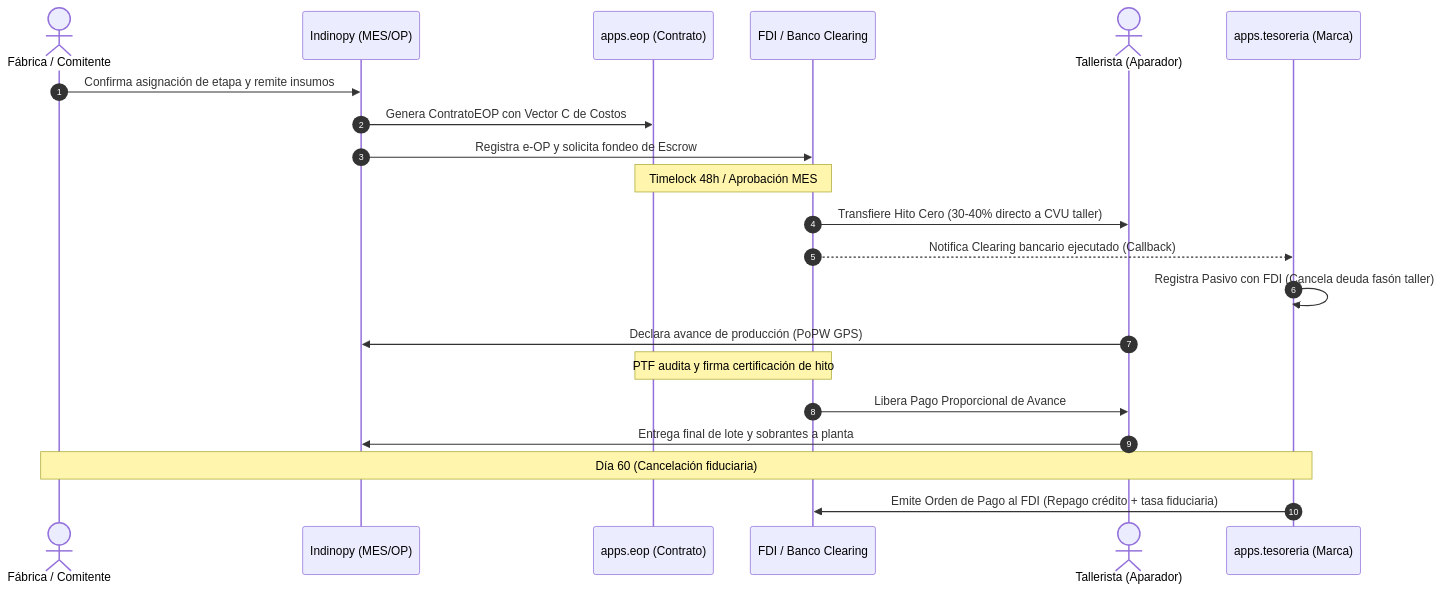
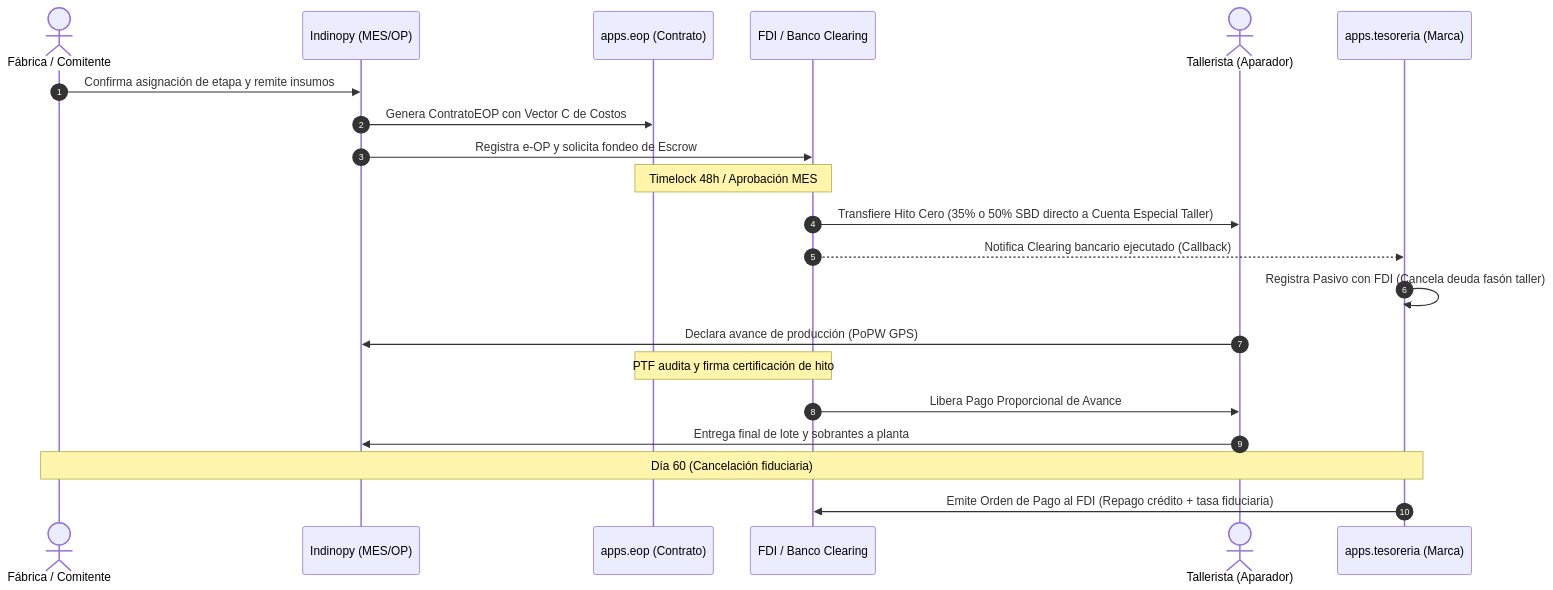
The second of 2 diagrams in docs/md/analisis_fimca_implementacion.md (sarthouse/indinopy), drawn with Mermaid before and after one commit. The commit also changed other lines of this file and 24 other files, not shown here.

````diff
--- a/docs/md/analisis_fimca_implementacion.md
+++ b/docs/md/analisis_fimca_implementacion.md
@@ -166,24 +166,24 @@
 ```mermaid
 sequenceDiagram
     autonumber
     actor Adm as Fábrica / Comitente
     participant OP as Indinopy (MES/OP)
     participant EOP as apps.eop (Contrato)
     participant FDI as FDI / Banco Clearing
     actor Tal as Tallerista (Aparador)
     participant Tes as apps.tesoreria (Marca)
 
     Adm->>OP: Confirma asignación de etapa y remite insumos
     OP->>EOP: Genera ContratoEOP con Vector C de Costos
     OP->>FDI: Registra e-OP y solicita fondeo de Escrow
     Note over EOP,FDI: Timelock 48h / Aprobación MES
-    FDI->>Tal: Transfiere Hito Cero (30-40% directo a CVU taller)
+    FDI->>Tal: Transfiere Hito Cero (35% o 50% SBD directo a Cuenta Especial Taller)
     FDI-->>Tes: Notifica Clearing bancario ejecutado (Callback)
     Tes->>Tes: Registra Pasivo con FDI (Cancela deuda fasón taller)
     Tal->>OP: Declara avance de producción (PoPW GPS)
     Note over EOP,FDI: PTF audita y firma certificación de hito
     FDI->>Tal: Libera Pago Proporcional de Avance
     Tal->>OP: Entrega final de lote y sobrantes a planta
     Note over Adm,Tes: Día 60 (Cancelación fiduciaria)
     Tes->>FDI: Emite Orden de Pago al FDI (Repago crédito + tasa fiduciaria)
 ```
````
